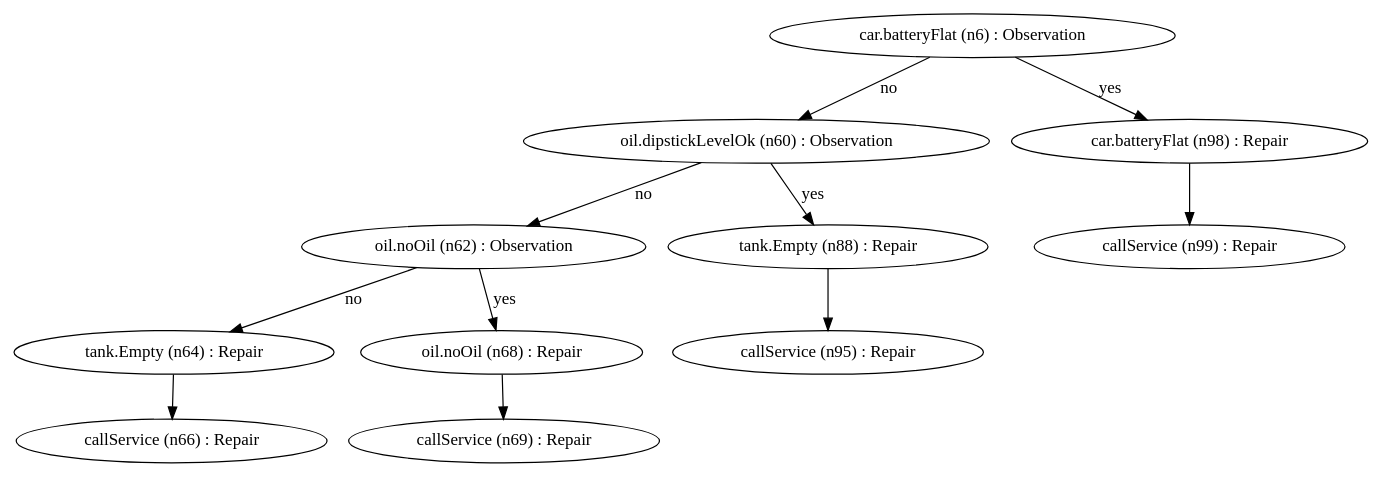
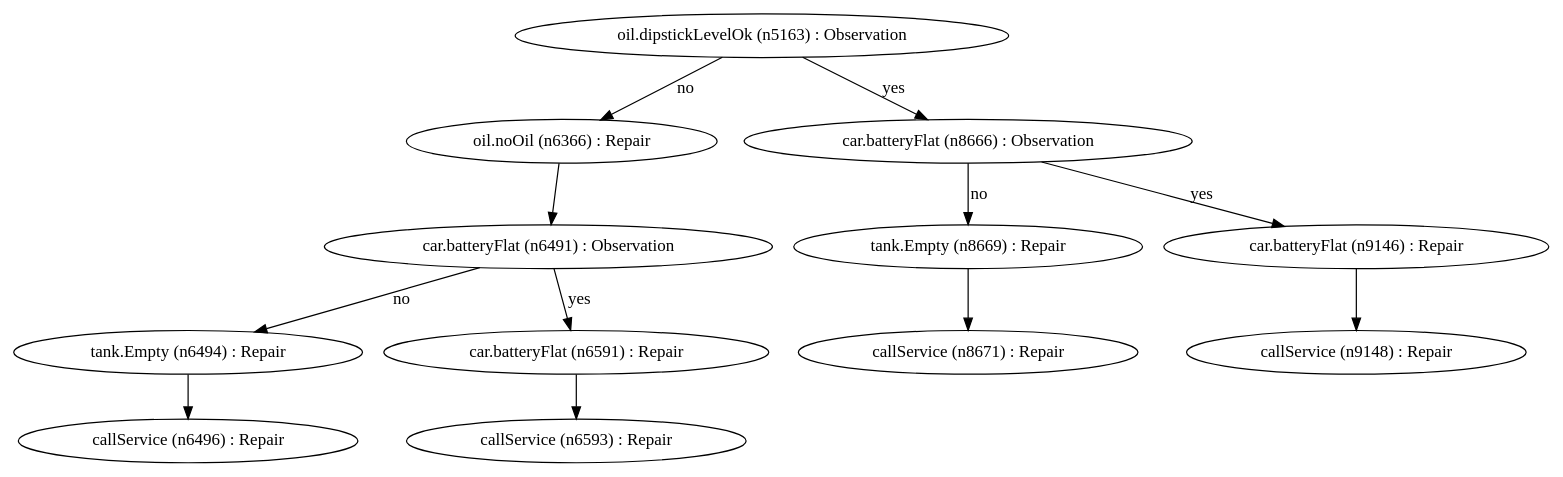
Before and after one commit to arianacarnielli/P-androide: the diagram in code/optimal_strategy_tree.gv, drawn with Graphviz. The commit also changed 12 other files, not shown here.

```diff
--- a/code/optimal_strategy_tree.gv
+++ b/code/optimal_strategy_tree.gv
@@ -1,23 +1,25 @@
 digraph {
-	6 [label="car.batteryFlat (n6) : Observation"]
-	60 [label="oil.dipstickLevelOk (n60) : Observation"]
-	62 [label="oil.noOil (n62) : Observation"]
-	64 [label="tank.Empty (n64) : Repair"]
-	66 [label="callService (n66) : Repair"]
-	68 [label="oil.noOil (n68) : Repair"]
-	69 [label="callService (n69) : Repair"]
-	88 [label="tank.Empty (n88) : Repair"]
-	95 [label="callService (n95) : Repair"]
-	98 [label="car.batteryFlat (n98) : Repair"]
-	99 [label="callService (n99) : Repair"]
-	6 -> 98 [label=yes]
-	6 -> 60 [label=no]
-	60 -> 88 [label=yes]
-	60 -> 62 [label=no]
-	62 -> 68 [label=yes]
-	62 -> 64 [label=no]
-	64 -> 66 [label=""]
-	68 -> 69 [label=""]
-	88 -> 95 [label=""]
-	98 -> 99 [label=""]
+	5163 [label="oil.dipstickLevelOk (n5163) : Observation"]
+	6366 [label="oil.noOil (n6366) : Repair"]
+	6491 [label="car.batteryFlat (n6491) : Observation"]
+	6494 [label="tank.Empty (n6494) : Repair"]
+	6496 [label="callService (n6496) : Repair"]
+	6591 [label="car.batteryFlat (n6591) : Repair"]
+	6593 [label="callService (n6593) : Repair"]
+	8666 [label="car.batteryFlat (n8666) : Observation"]
+	8669 [label="tank.Empty (n8669) : Repair"]
+	8671 [label="callService (n8671) : Repair"]
+	9146 [label="car.batteryFlat (n9146) : Repair"]
+	9148 [label="callService (n9148) : Repair"]
+	5163 -> 8666 [label=yes]
+	5163 -> 6366 [label=no]
+	6366 -> 6491 [label=""]
+	6491 -> 6591 [label=yes]
+	6491 -> 6494 [label=no]
+	6494 -> 6496 [label=""]
+	6591 -> 6593 [label=""]
+	8666 -> 9146 [label=yes]
+	8666 -> 8669 [label=no]
+	8669 -> 8671 [label=""]
+	9146 -> 9148 [label=""]
 }
```
